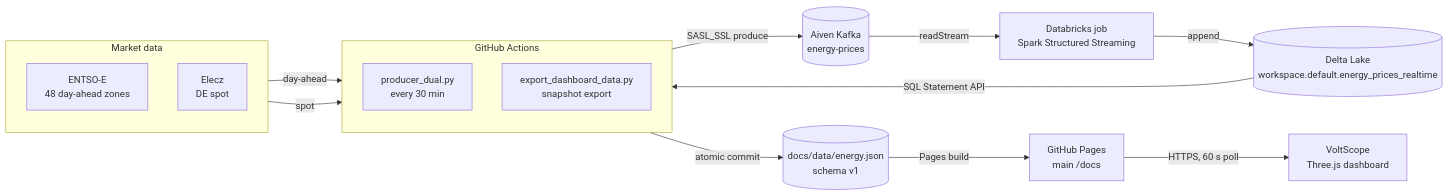
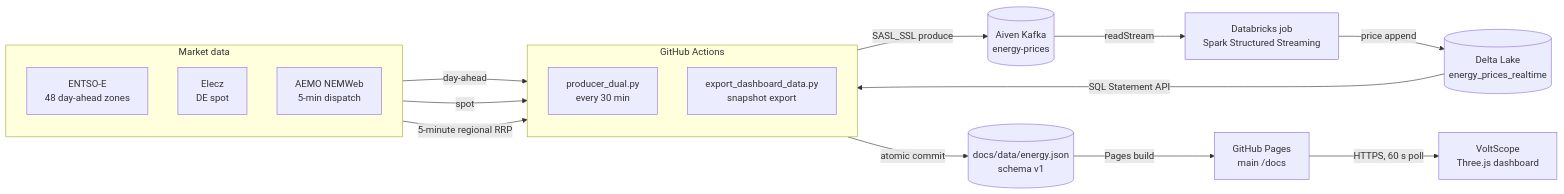
Before and after one commit to mdsarfarazalam840/Energy-realtime: the first of 3 diagrams in README.md, drawn with Mermaid. The commit also changed other lines of this file and 24 other files, not shown here.

First line of the commit message:
feat: replace WattLayer with public AEMO NEM dispatch feed

````diff
--- a/README.md
+++ b/README.md
@@ -131,31 +133,33 @@
 ```mermaid
 flowchart LR
   subgraph Sources["Market data"]
     direction TB
     E["ENTSO-E<br/>48 day-ahead zones"]
     Z["Elecz<br/>DE spot"]
+    A["AEMO NEMWeb<br/>5-min dispatch"]
   end
 
   subgraph CICD["GitHub Actions"]
     direction TB
     P["producer_dual.py<br/>every 30 min"]
     X["export_dashboard_data.py<br/>snapshot export"]
   end
 
   K[("Aiven Kafka<br/>energy-prices")]
   D["Databricks job<br/>Spark Structured Streaming"]
-  T[("Delta Lake<br/>workspace.default.energy_prices_realtime")]
+  T[("Delta Lake<br/>energy_prices_realtime")]
   S[("docs/data/energy.json<br/>schema v1")]
   PAGES["GitHub Pages<br/>main /docs"]
   UI["VoltScope<br/>Three.js dashboard"]
 
   E -->|"day-ahead"| P
   Z -->|"spot"| P
+  A -->|"5-minute regional RRP"| P
   P -->|"SASL_SSL produce"| K
   K -->|"readStream"| D
-  D -->|"append"| T
+  D -->|"price append"| T
   T -->|"SQL Statement API"| X
   X -->|"atomic commit"| S
   S -->|"Pages build"| PAGES
   PAGES -->|"HTTPS, 60 s poll"| UI
 ```
````
